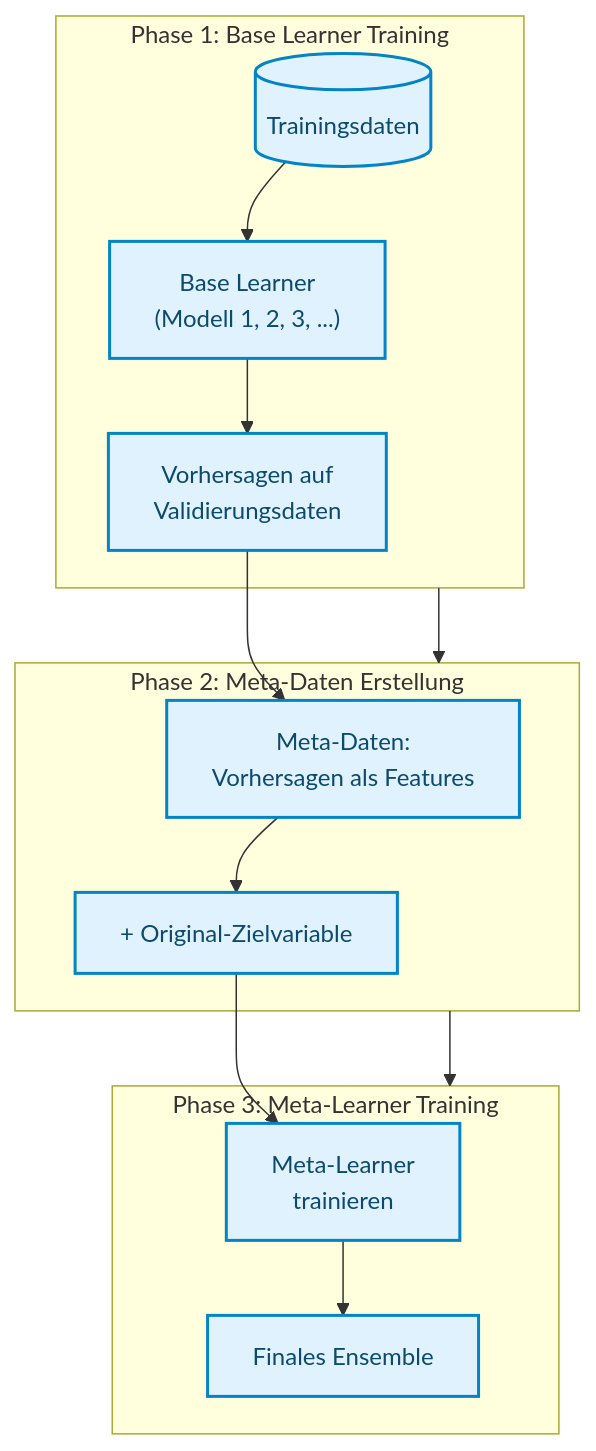
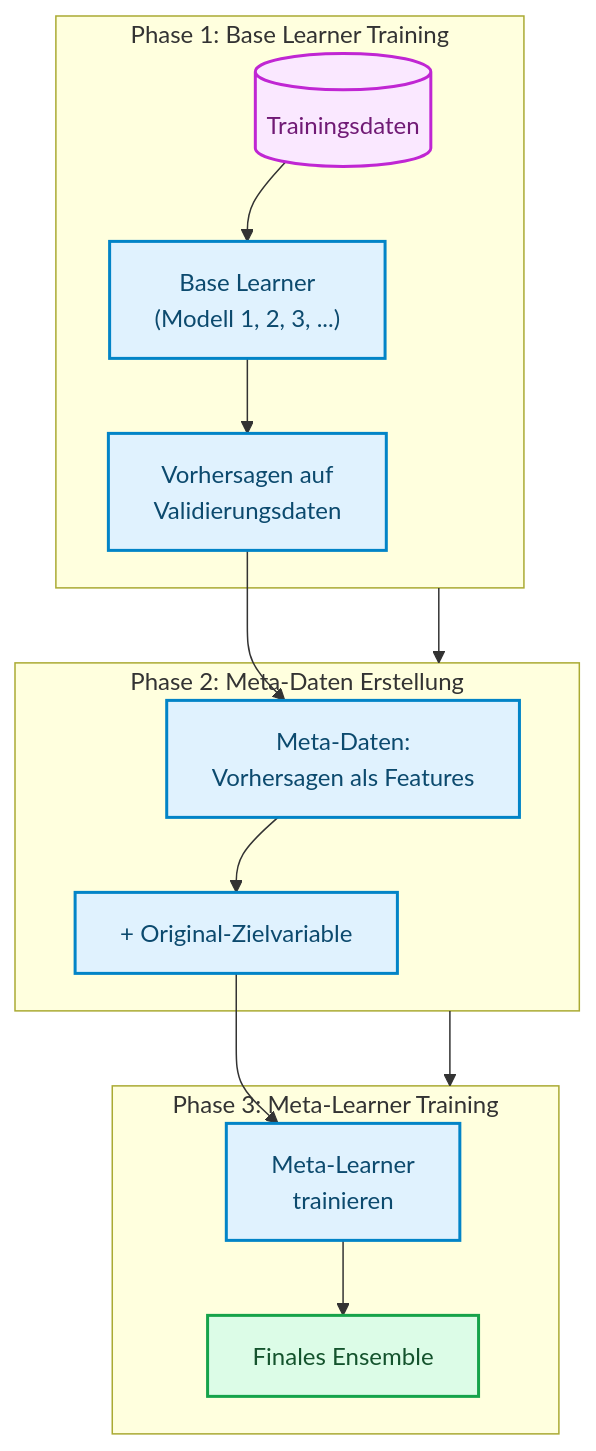
The sixth of 9 diagrams in docs/concepts/modeling/stacking.md (ralf-42/ML_Intro), drawn with Mermaid before and after one commit. The commit also changed 49 other files, not shown here.

````diff
--- a/docs/concepts/modeling/stacking.md
+++ b/docs/concepts/modeling/stacking.md
@@ -205,23 +205,28 @@
 ```mermaid
 flowchart TD
 
 subgraph Phase1["Phase 1: Base Learner Training"]
     D1[("Trainingsdaten")] --> BL["Base Learner<br/>(Modell 1, 2, 3, ...)"]
     BL --> PRED["Vorhersagen auf<br/>Validierungsdaten"]
 end
 
 subgraph Phase2["Phase 2: Meta-Daten Erstellung"]
     PRED --> MD["Meta-Daten:<br/>Vorhersagen als Features"]
     MD --> TARGET["+ Original-Zielvariable"]
 end
 
 subgraph Phase3["Phase 3: Meta-Learner Training"]
     TARGET --> ML["Meta-Learner<br/>trainieren"]
     ML --> FINAL["Finales Ensemble"]
 end
 
 Phase1 --> Phase2
 Phase2 --> Phase3
 
-classDef default fill:#e0f2fe,stroke:#0284c7,stroke-width:2px,color:#0c4a6e;
+    classDef default fill:#e0f2fe,stroke:#0284c7,stroke-width:2px,color:#0c4a6e;
+    classDef output fill:#dcfce7,stroke:#16a34a,stroke-width:2px,color:#14532d;
+    classDef target fill:#fae8ff,stroke:#c026d3,stroke-width:2px,color:#701a75;
+
+    class FINAL output;
+    class D1 target;
 ```
````
